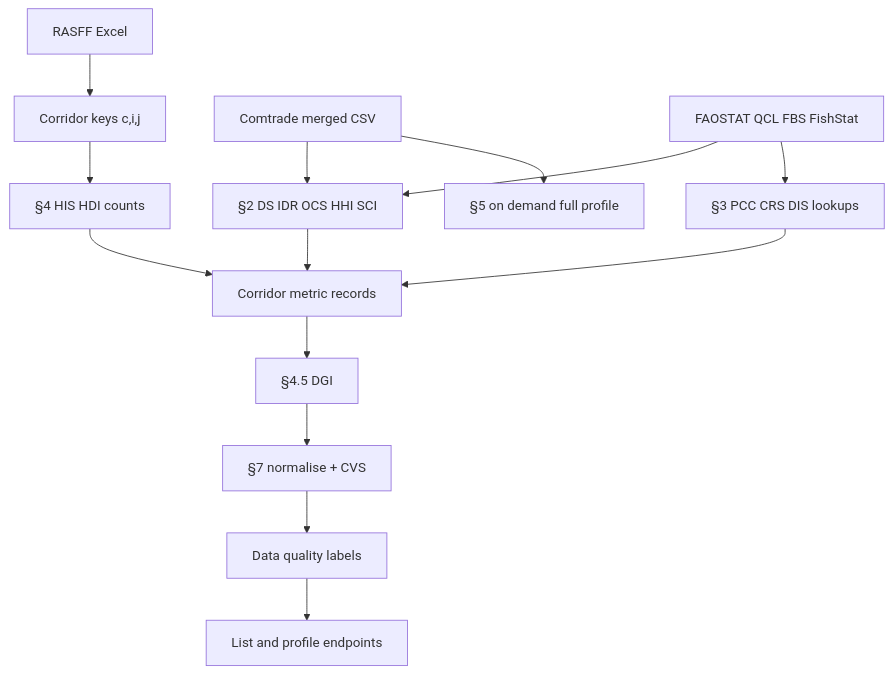
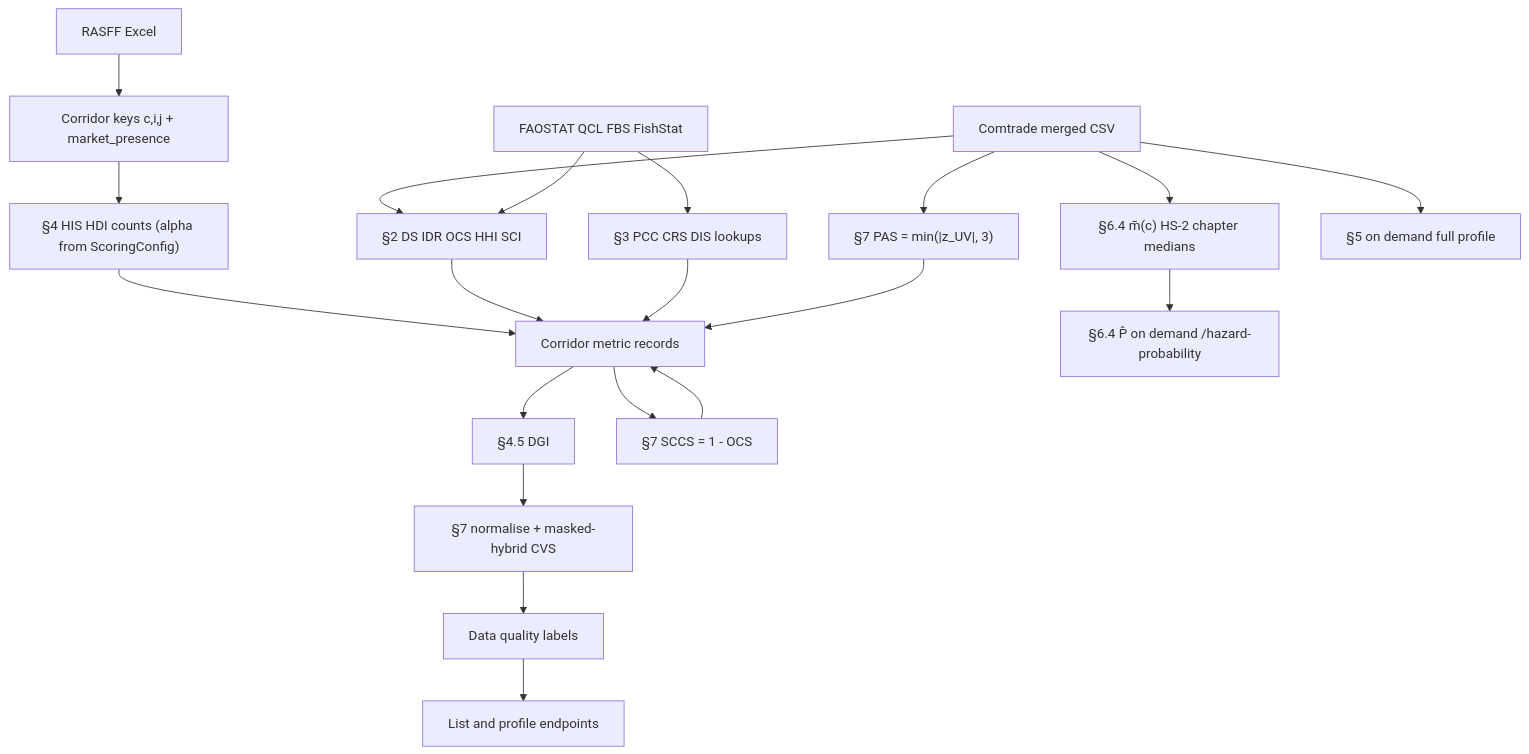
One commit to Amankrah/defensefood changed the diagram in backend/blueprint/Mathematical_Framework_Implementation.md. Above: the diagram before and after it, drawn with Mermaid. The commit also changed other lines of this file, not shown here.

````diff
--- a/backend/blueprint/Mathematical_Framework_Implementation.md
+++ b/backend/blueprint/Mathematical_Framework_Implementation.md
@@ -772,16 +795,22 @@
 ```mermaid
 flowchart TD
-  RASFF[RASFF Excel] --> Lanes[Corridor keys c,i,j]
-  Lanes --> H4[§4 HIS HDI counts]
+  RASFF[RASFF Excel] --> Lanes[Corridor keys c,i,j + market_presence]
+  Lanes --> H4["§4 HIS HDI counts (alpha from ScoringConfig)"]
   Comtrade[Comtrade merged CSV] --> S2[§2 DS IDR OCS HHI SCI]
+  Comtrade --> Mbar["§6.4 m̄(c) HS-2 chapter medians"]
   FAOSTAT[FAOSTAT QCL FBS FishStat] --> S2
   FAOSTAT --> S3[§3 PCC CRS DIS lookups]
   H4 --> Join[Corridor metric records]
   S2 --> Join
   S3 --> Join
   Join --> DGI[§4.5 DGI]
-  DGI --> S7[§7 normalise + CVS]
+  Join --> SCCS["§7 SCCS = 1 - OCS"]
+  Comtrade --> PAS["§7 PAS = min(|z_UV|, 3)"]
+  PAS --> Join
+  SCCS --> Join
+  DGI --> S7["§7 normalise + masked-hybrid CVS"]
   S7 --> DQ[Data quality labels]
   DQ --> API[List and profile endpoints]
   Comtrade --> S5[§5 on demand full profile]
+  Mbar --> Phat["§6.4 P̂ on demand /hazard-probability"]
 ```
````
